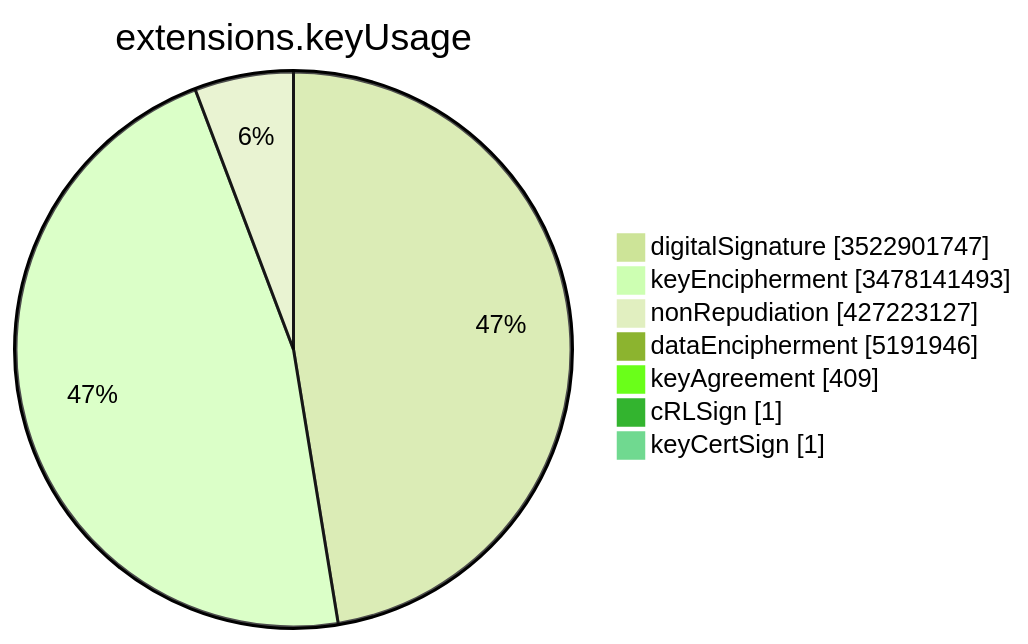
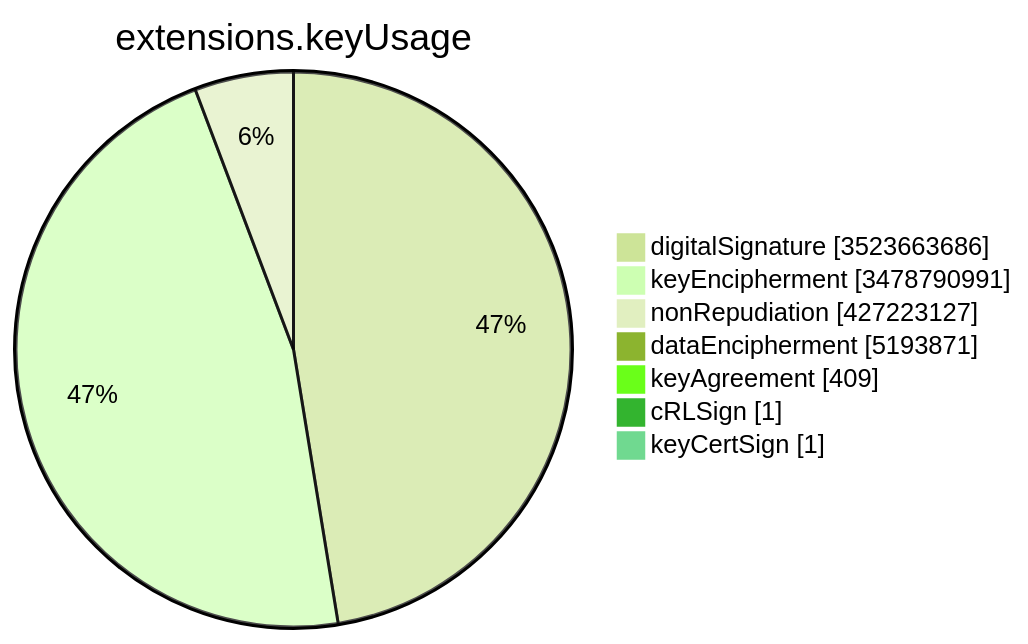
The sixth of 15 diagrams in TOTAL/README.md (christiankrug/ctmonitor_visualization), drawn with Mermaid (forest theme) before and after one commit. The commit also changed other lines of this file, not shown here.

````diff
--- a/TOTAL/README.md
+++ b/TOTAL/README.md
@@ -3083,11 +3083,11 @@
 ```mermaid
 pie showData
 title extensions.keyUsage
-"digitalSignature" :3522901747
-"keyEncipherment" :3478141493
+"digitalSignature" :3523663686
+"keyEncipherment" :3478790991
 "nonRepudiation" :427223127
-"dataEncipherment" :5191946
+"dataEncipherment" :5193871
 "keyAgreement" :409
 "cRLSign" :1
 "keyCertSign" :1
 ```
````
